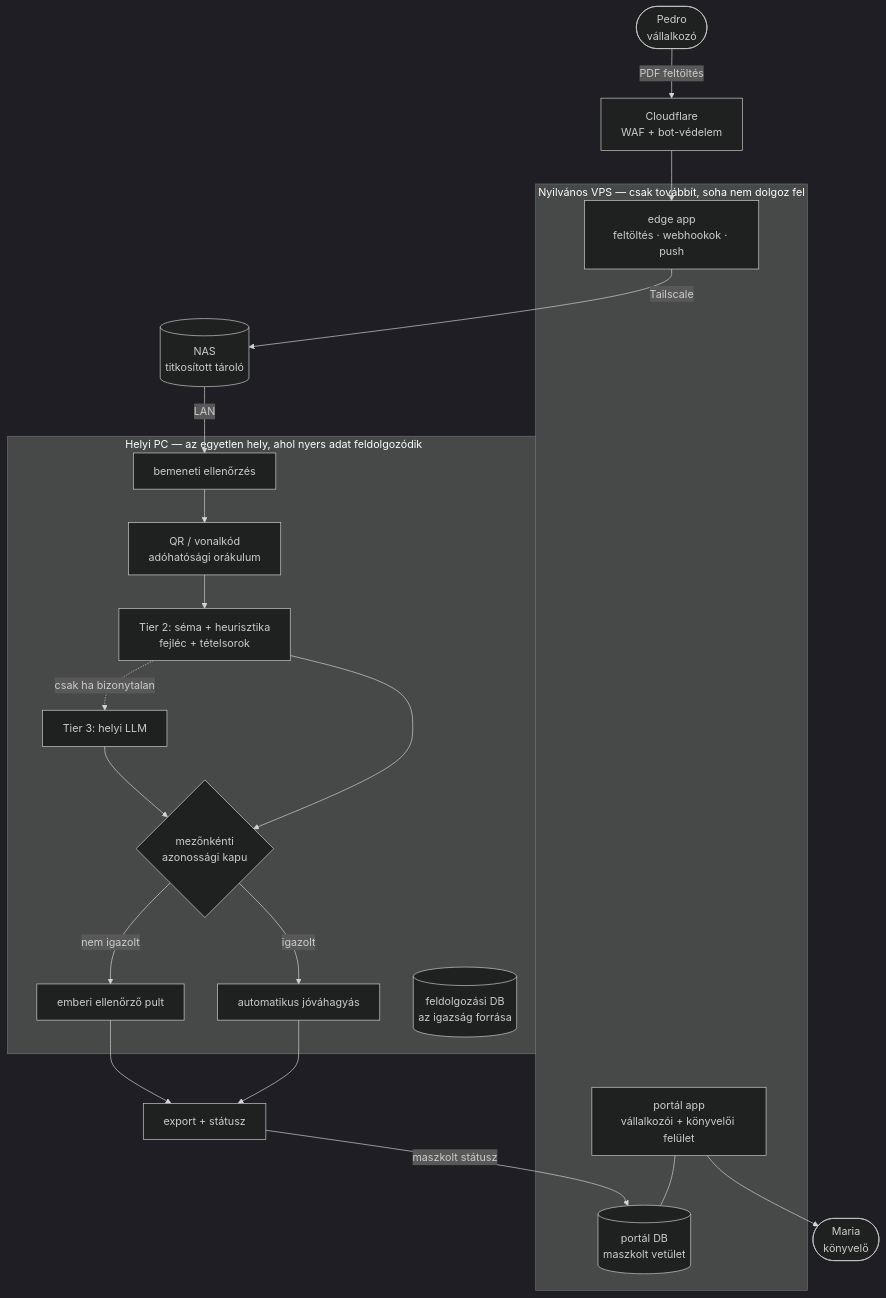
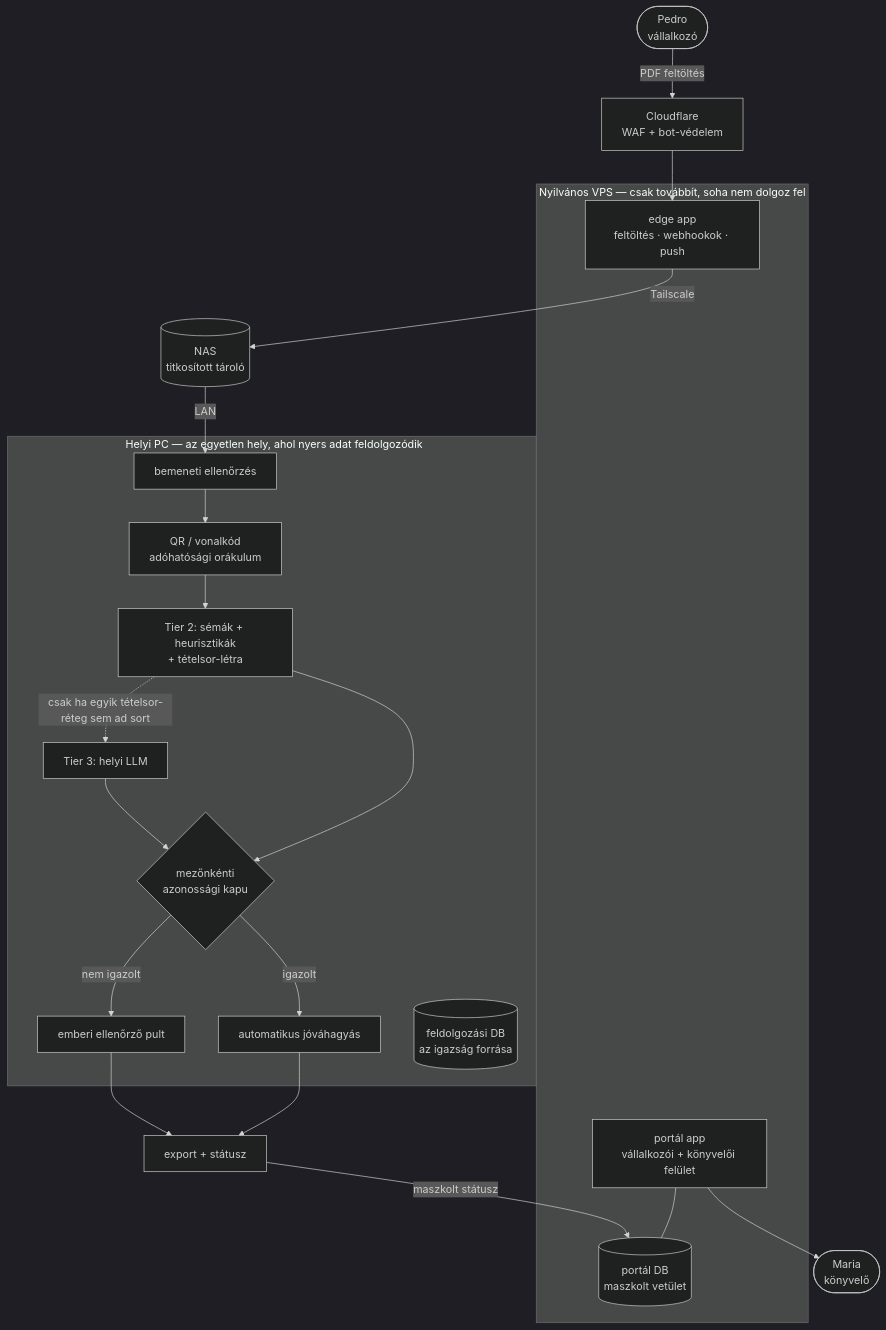
Before and after one commit to krisztianpettner/datainsight-case-study: the diagram in docs/hu/00-at-a-glance.md, drawn with Mermaid (dark theme). The commit also changed other lines of this file and 74 other files, not shown here.

````diff
--- a/docs/hu/00-at-a-glance.md
+++ b/docs/hu/00-at-a-glance.md
@@ -7,31 +7,31 @@
 ```mermaid
 flowchart TB
     P([Pedro<br/>vállalkozó]) -->|PDF feltöltés| CF[Cloudflare<br/>WAF + bot-védelem]
     CF --> EDGE
 
     subgraph VPS["Nyilvános VPS — csak továbbít, soha nem dolgoz fel"]
         EDGE[edge app<br/>feltöltés · webhookok · push]
         PORTAL[portál app<br/>vállalkozói + könyvelői felület]
         PDB[(portál DB<br/>maszkolt vetület)]
         PORTAL --- PDB
     end
 
     EDGE -->|Tailscale| NAS[(NAS<br/>titkosított tároló)]
     NAS -->|LAN| PIPE
 
     subgraph PC["Helyi PC — az egyetlen hely, ahol nyers adat feldolgozódik"]
         PIPE[bemeneti ellenőrzés] --> QR[QR / vonalkód<br/>adóhatósági orákulum]
-        QR --> T2[Tier 2: séma + heurisztika<br/>fejléc + tételsorok]
-        T2 -.csak ha bizonytalan.-> T3[Tier 3: helyi LLM]
+        QR --> T2[Tier 2: sémák + heurisztikák<br/>+ tételsor-létra]
+        T2 -.csak ha egyik tételsor-réteg sem ad sort.-> T3[Tier 3: helyi LLM]
         T2 --> GATE{mezőnkénti<br/>azonossági kapu}
         T3 --> GATE
         GATE -->|igazolt| AUTO[automatikus jóváhagyás]
         GATE -->|nem igazolt| DESK[emberi ellenőrző pult]
         SOT[(feldolgozási DB<br/>az igazság forrása)]
     end
 
     AUTO --> EXP[export + státusz]
     DESK --> EXP
     EXP -->|maszkolt státusz| PDB
     PORTAL --> M([Maria<br/>könyvelő])
 ```
````
